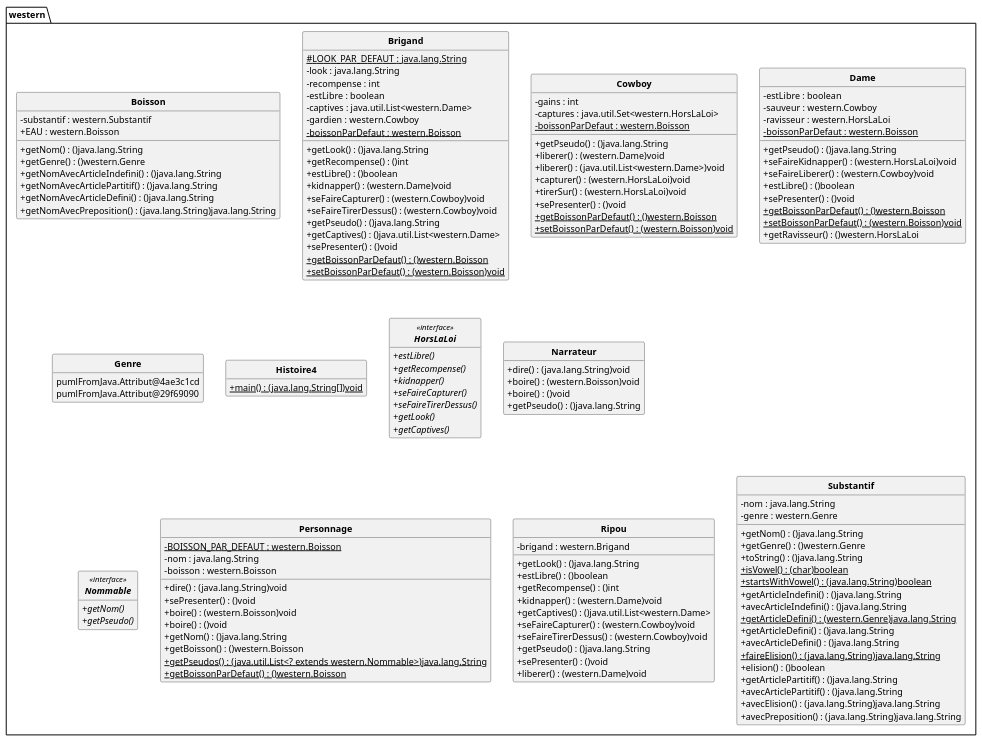
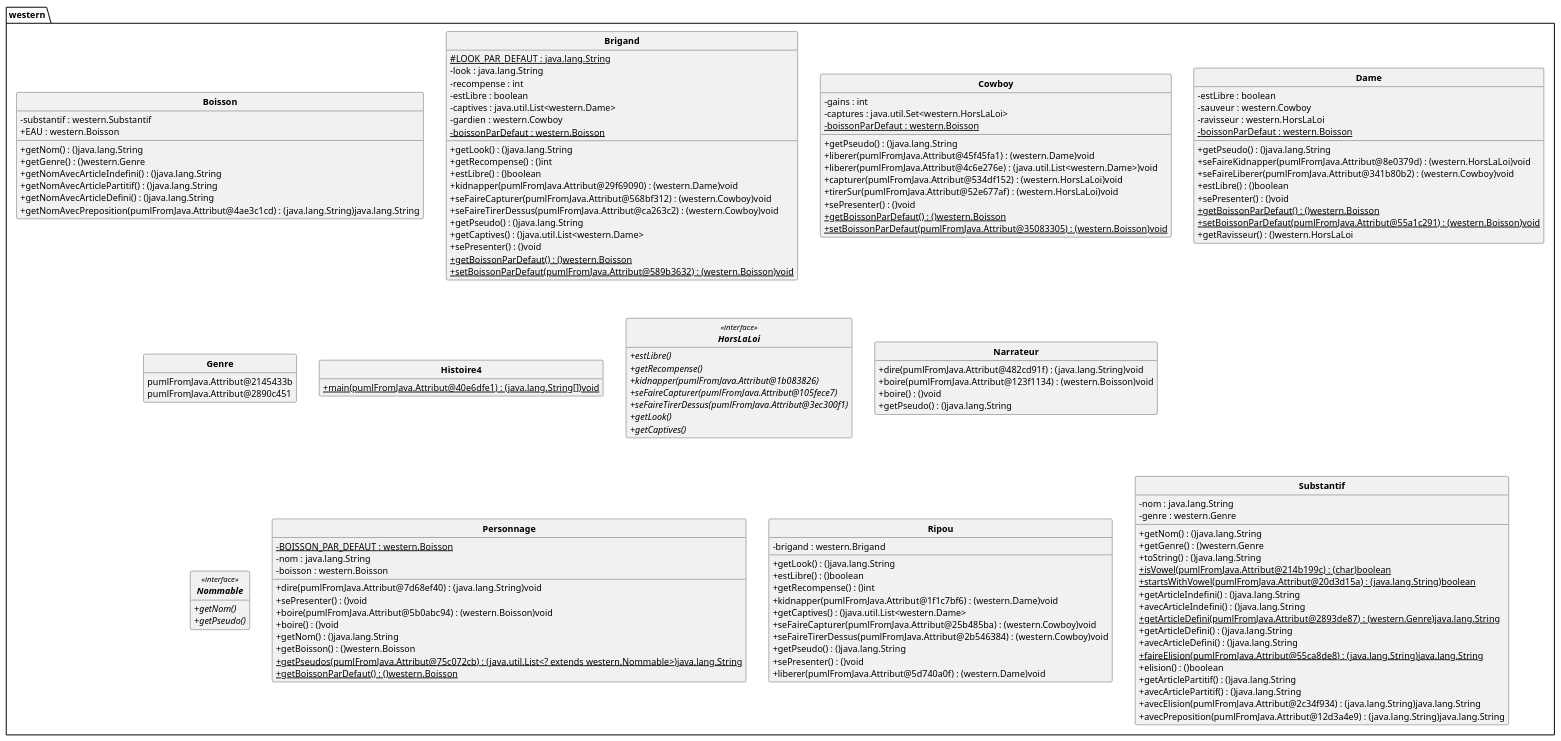
The diagram in out/production/p21_projet/pumlFromJava/westernClass.puml (DimToups/Java-to-PUML-converter), drawn with PlantUML before and after one commit. The commit also changed 7 other files, not shown here.

```diff
--- a/out/production/p21_projet/pumlFromJava/westernClass.puml
+++ b/out/production/p21_projet/pumlFromJava/westernClass.puml
@@ -1,153 +1,153 @@
 @startuml
 'https://plantuml.com/class-diagram
 skinparam style strictuml
 skinparam classAttributeIconSize 0
 skinparam classFontStyle Bold
 
 hide empty members
 
 package western{
 class Boisson{
 - substantif : western.Substantif
 + EAU : western.Boisson
 + getNom() : ()java.lang.String
 + getGenre() : ()western.Genre
 + getNomAvecArticleIndefini() : ()java.lang.String
 + getNomAvecArticlePartitif() : ()java.lang.String
 + getNomAvecArticleDefini() : ()java.lang.String
-+ getNomAvecPreposition() : (java.lang.String)java.lang.String
++ getNomAvecPreposition(pumlFromJava.Attribut@4ae3c1cd) : (java.lang.String)java.lang.String
 }
 
 class Brigand{
 # LOOK_PAR_DEFAUT : java.lang.String {static}
 - look : java.lang.String
 - recompense : int
 - estLibre : boolean
 - captives : java.util.List<western.Dame>
 - gardien : western.Cowboy
 - boissonParDefaut : western.Boisson {static}
 + getLook() : ()java.lang.String
 + getRecompense() : ()int
 + estLibre() : ()boolean
-+ kidnapper() : (western.Dame)void
-+ seFaireCapturer() : (western.Cowboy)void
-+ seFaireTirerDessus() : (western.Cowboy)void
++ kidnapper(pumlFromJava.Attribut@29f69090) : (western.Dame)void
++ seFaireCapturer(pumlFromJava.Attribut@568bf312) : (western.Cowboy)void
++ seFaireTirerDessus(pumlFromJava.Attribut@ca263c2) : (western.Cowboy)void
 + getPseudo() : ()java.lang.String
 + getCaptives() : ()java.util.List<western.Dame>
 + sePresenter() : ()void
 + getBoissonParDefaut() {static} : ()western.Boisson
-+ setBoissonParDefaut() {static} : (western.Boisson)void
++ setBoissonParDefaut(pumlFromJava.Attribut@589b3632) {static} : (western.Boisson)void
 }
 
 class Cowboy{
 - gains : int
 - captures : java.util.Set<western.HorsLaLoi>
 - boissonParDefaut : western.Boisson {static}
 + getPseudo() : ()java.lang.String
-+ liberer() : (western.Dame)void
-+ liberer() : (java.util.List<western.Dame>)void
-+ capturer() : (western.HorsLaLoi)void
-+ tirerSur() : (western.HorsLaLoi)void
++ liberer(pumlFromJava.Attribut@45f45fa1) : (western.Dame)void
++ liberer(pumlFromJava.Attribut@4c6e276e) : (java.util.List<western.Dame>)void
++ capturer(pumlFromJava.Attribut@534df152) : (western.HorsLaLoi)void
++ tirerSur(pumlFromJava.Attribut@52e677af) : (western.HorsLaLoi)void
 + sePresenter() : ()void
 + getBoissonParDefaut() {static} : ()western.Boisson
-+ setBoissonParDefaut() {static} : (western.Boisson)void
++ setBoissonParDefaut(pumlFromJava.Attribut@35083305) {static} : (western.Boisson)void
 }
 
 class Dame{
 - estLibre : boolean
 - sauveur : western.Cowboy
 - ravisseur : western.HorsLaLoi
 - boissonParDefaut : western.Boisson {static}
 + getPseudo() : ()java.lang.String
-+ seFaireKidnapper() : (western.HorsLaLoi)void
-+ seFaireLiberer() : (western.Cowboy)void
++ seFaireKidnapper(pumlFromJava.Attribut@8e0379d) : (western.HorsLaLoi)void
++ seFaireLiberer(pumlFromJava.Attribut@341b80b2) : (western.Cowboy)void
 + estLibre() : ()boolean
 + sePresenter() : ()void
 + getBoissonParDefaut() {static} : ()western.Boisson
-+ setBoissonParDefaut() {static} : (western.Boisson)void
++ setBoissonParDefaut(pumlFromJava.Attribut@55a1c291) {static} : (western.Boisson)void
 + getRavisseur() : ()western.HorsLaLoi
 }
 
 class Genre{
-pumlFromJava.Attribut@4ae3c1cd
-pumlFromJava.Attribut@29f69090
+pumlFromJava.Attribut@2145433b
+pumlFromJava.Attribut@2890c451
 }
 
 class Histoire4{
-+ main() {static} : (java.lang.String[])void
++ main(pumlFromJava.Attribut@40e6dfe1) {static} : (java.lang.String[])void
 }
 
 interface HorsLaLoi<<interface>>{
 + estLibre() {abstract}
 + getRecompense() {abstract}
-+ kidnapper() {abstract}
-+ seFaireCapturer() {abstract}
-+ seFaireTirerDessus() {abstract}
++ kidnapper(pumlFromJava.Attribut@1b083826) {abstract}
++ seFaireCapturer(pumlFromJava.Attribut@105fece7) {abstract}
++ seFaireTirerDessus(pumlFromJava.Attribut@3ec300f1) {abstract}
 + getLook() {abstract}
 + getCaptives() {abstract}
 }
 
 class Narrateur{
-+ dire() : (java.lang.String)void
-+ boire() : (western.Boisson)void
++ dire(pumlFromJava.Attribut@482cd91f) : (java.lang.String)void
++ boire(pumlFromJava.Attribut@123f1134) : (western.Boisson)void
 + boire() : ()void
 + getPseudo() : ()java.lang.String
 }
 
 interface Nommable<<interface>>{
 + getNom() {abstract}
 + getPseudo() {abstract}
 }
 
 class Personnage{
 - BOISSON_PAR_DEFAUT : western.Boisson {static}
 - nom : java.lang.String
 - boisson : western.Boisson
-+ dire() : (java.lang.String)void
++ dire(pumlFromJava.Attribut@7d68ef40) : (java.lang.String)void
 + sePresenter() : ()void
-+ boire() : (western.Boisson)void
++ boire(pumlFromJava.Attribut@5b0abc94) : (western.Boisson)void
 + boire() : ()void
 + getNom() : ()java.lang.String
 + getBoisson() : ()western.Boisson
-+ getPseudos() {static} : (java.util.List<? extends western.Nommable>)java.lang.String
++ getPseudos(pumlFromJava.Attribut@75c072cb) {static} : (java.util.List<? extends western.Nommable>)java.lang.String
 + getBoissonParDefaut() {static} : ()western.Boisson
 }
 
 class Ripou{
 - brigand : western.Brigand
 + getLook() : ()java.lang.String
 + estLibre() : ()boolean
 + getRecompense() : ()int
-+ kidnapper() : (western.Dame)void
++ kidnapper(pumlFromJava.Attribut@1f1c7bf6) : (western.Dame)void
 + getCaptives() : ()java.util.List<western.Dame>
-+ seFaireCapturer() : (western.Cowboy)void
-+ seFaireTirerDessus() : (western.Cowboy)void
++ seFaireCapturer(pumlFromJava.Attribut@25b485ba) : (western.Cowboy)void
++ seFaireTirerDessus(pumlFromJava.Attribut@2b546384) : (western.Cowboy)void
 + getPseudo() : ()java.lang.String
 + sePresenter() : ()void
-+ liberer() : (western.Dame)void
++ liberer(pumlFromJava.Attribut@5d740a0f) : (western.Dame)void
 }
 
 class Substantif{
 - nom : java.lang.String
 - genre : western.Genre
 + getNom() : ()java.lang.String
 + getGenre() : ()western.Genre
 + toString() : ()java.lang.String
-+ isVowel() {static} : (char)boolean
-+ startsWithVowel() {static} : (java.lang.String)boolean
++ isVowel(pumlFromJava.Attribut@214b199c) {static} : (char)boolean
++ startsWithVowel(pumlFromJava.Attribut@20d3d15a) {static} : (java.lang.String)boolean
 + getArticleIndefini() : ()java.lang.String
 + avecArticleIndefini() : ()java.lang.String
-+ getArticleDefini() {static} : (western.Genre)java.lang.String
++ getArticleDefini(pumlFromJava.Attribut@2893de87) {static} : (western.Genre)java.lang.String
 + getArticleDefini() : ()java.lang.String
 + avecArticleDefini() : ()java.lang.String
-+ faireElision() {static} : (java.lang.String)java.lang.String
++ faireElision(pumlFromJava.Attribut@55ca8de8) {static} : (java.lang.String)java.lang.String
 + elision() : ()boolean
 + getArticlePartitif() : ()java.lang.String
 + avecArticlePartitif() : ()java.lang.String
-+ avecElision() : (java.lang.String)java.lang.String
-+ avecPreposition() : (java.lang.String)java.lang.String
++ avecElision(pumlFromJava.Attribut@2c34f934) : (java.lang.String)java.lang.String
++ avecPreposition(pumlFromJava.Attribut@12d3a4e9) : (java.lang.String)java.lang.String
 }
 
 
 }
 @enduml
```
